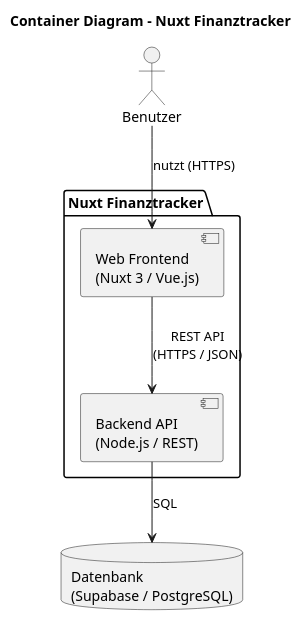
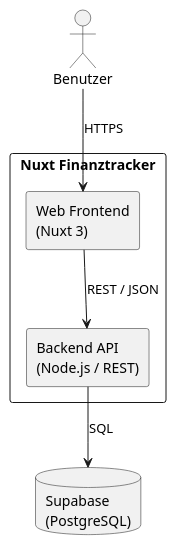
Before and after one commit to mark-schrader/FinanzTracker_: the diagram in docs/architecture/plantuml/container.puml, drawn with PlantUML. The commit also changed 2 other files, not shown here.

```diff
--- a/docs/architecture/plantuml/container.puml
+++ b/docs/architecture/plantuml/container.puml
@@ -1,16 +1,14 @@
-@startuml
-title Container Diagram - Nuxt Finanztracker
-
+@startuml ContainerDiagram
 actor Benutzer
 
-package "Nuxt Finanztracker" {
-  component "Web Frontend\n(Nuxt 3 / Vue.js)" as Frontend
-  component "Backend API\n(Node.js / REST)" as Backend
+rectangle "Nuxt Finanztracker" {
+  rectangle "Web Frontend\n(Nuxt 3)" as Frontend
+  rectangle "Backend API\n(Node.js / REST)" as Backend
 }
 
-database "Datenbank\n(Supabase / PostgreSQL)" as DB
+database "Supabase\n(PostgreSQL)" as DB
 
-Benutzer --> Frontend : nutzt (HTTPS)
-Frontend --> Backend : REST API\n(HTTPS / JSON)
+Benutzer --> Frontend : HTTPS
+Frontend --> Backend : REST / JSON
 Backend --> DB : SQL
 @enduml
```
